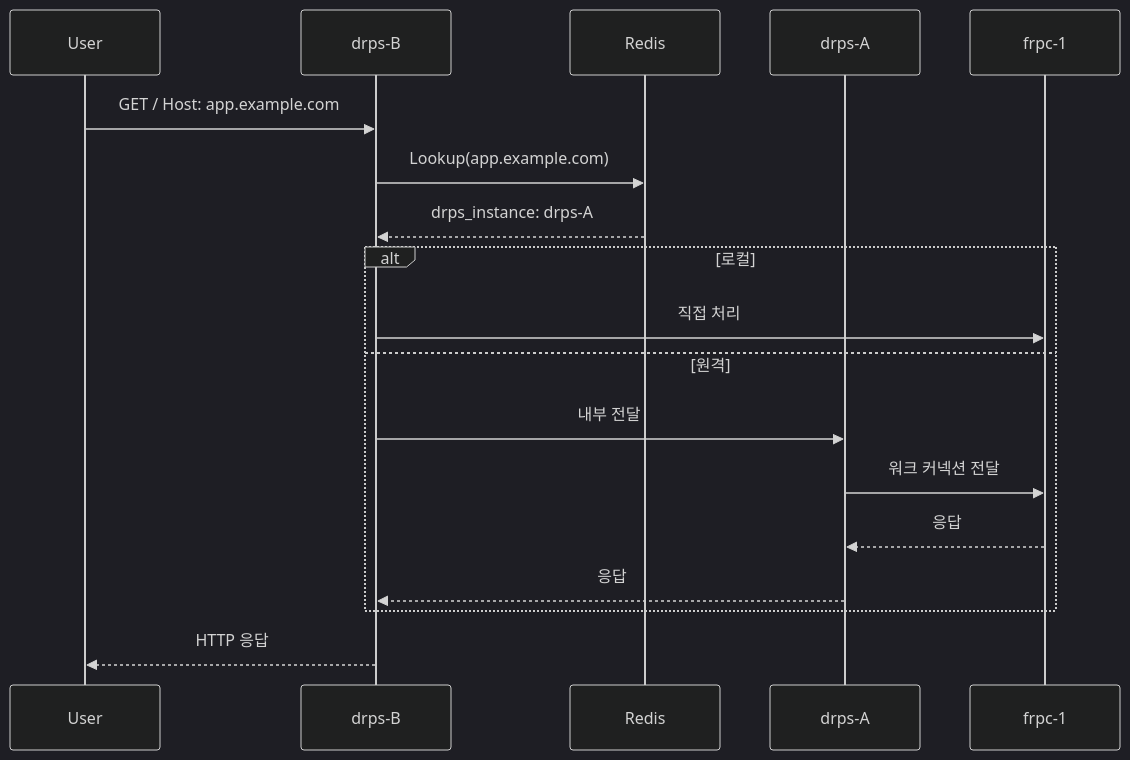
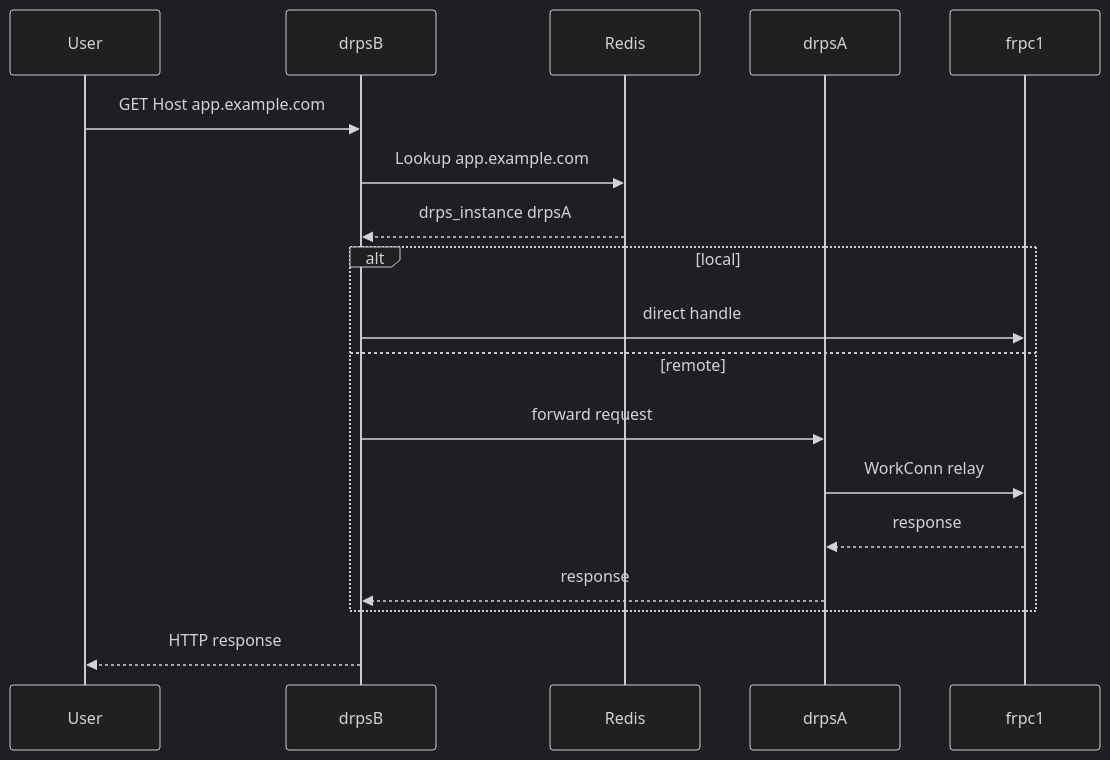
One commit to cagojeiger/drp changed the sixth of 6 diagrams in docs/architecture/bridge-layer.md. Above: the diagram before and after it, drawn with Mermaid (dark theme). The commit also changed other lines of this file and 3 other files, not shown here.

First line of the commit message:
fix(docs): rewrite all Mermaid diagrams for VS Code compatibility

````diff
--- a/docs/architecture/bridge-layer.md
+++ b/docs/architecture/bridge-layer.md
@@ -163,23 +150,23 @@
 ```mermaid
 sequenceDiagram
     participant U as User
-    participant B as drps-B
+    participant B as drpsB
     participant R as Redis
-    participant A as drps-A
-    participant F as frpc-1
+    participant A as drpsA
+    participant F as frpc1
 
-    U->>B: GET / Host: app.example.com
-    B->>R: Lookup(app.example.com)
-    R-->>B: drps_instance: drps-A
+    U->>B: GET Host app.example.com
+    B->>R: Lookup app.example.com
+    R-->>B: drps_instance drpsA
 
-    alt 로컬
-        B->>F: 직접 처리
-    else 원격
-        B->>A: 내부 전달
-        A->>F: 워크 커넥션 전달
-        F-->>A: 응답
-        A-->>B: 응답
+    alt local
+        B->>F: direct handle
+    else remote
+        B->>A: forward request
+        A->>F: WorkConn relay
+        F-->>A: response
+        A-->>B: response
     end
 
-    B-->>U: HTTP 응답
+    B-->>U: HTTP response
 ```
````
